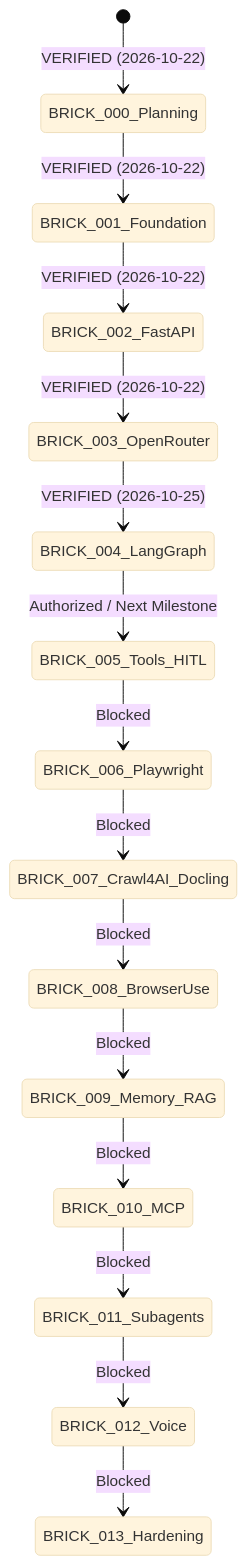
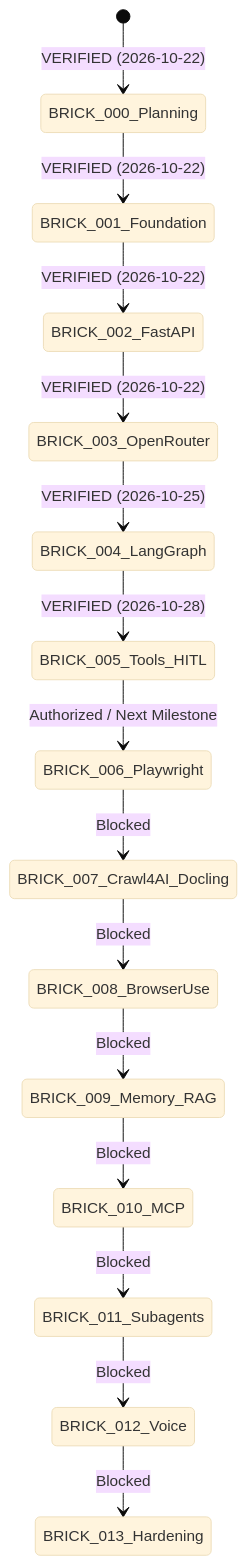
One commit to Aryramy/javed changed the diagram in docs/PROGRESS.md. Above: the diagram before and after it, drawn with Mermaid (base theme). The commit also changed other lines of this file and 3 other files, not shown here.

Commit message:
docs(brick-005): record formal owner acceptance and mark BRICK-005 VERIFIED

````diff
--- a/docs/PROGRESS.md
+++ b/docs/PROGRESS.md
@@ -28,17 +28,17 @@
 ```mermaid
 stateDiagram-v2
     [*] --> BRICK_000_Planning: VERIFIED (2026-10-22)
     BRICK_000_Planning --> BRICK_001_Foundation: VERIFIED (2026-10-22)
     BRICK_001_Foundation --> BRICK_002_FastAPI: VERIFIED (2026-10-22)
     BRICK_002_FastAPI --> BRICK_003_OpenRouter: VERIFIED (2026-10-22)
     BRICK_003_OpenRouter --> BRICK_004_LangGraph: VERIFIED (2026-10-25)
-    BRICK_004_LangGraph --> BRICK_005_Tools_HITL: Authorized / Next Milestone
-    BRICK_005_Tools_HITL --> BRICK_006_Playwright: Blocked
+    BRICK_004_LangGraph --> BRICK_005_Tools_HITL: VERIFIED (2026-10-28)
+    BRICK_005_Tools_HITL --> BRICK_006_Playwright: Authorized / Next Milestone
     BRICK_006_Playwright --> BRICK_007_Crawl4AI_Docling: Blocked
     BRICK_007_Crawl4AI_Docling --> BRICK_008_BrowserUse: Blocked
     BRICK_008_BrowserUse --> BRICK_009_Memory_RAG: Blocked
     BRICK_009_Memory_RAG --> BRICK_010_MCP: Blocked
     BRICK_010_MCP --> BRICK_011_Subagents: Blocked
     BRICK_011_Subagents --> BRICK_012_Voice: Blocked
     BRICK_012_Voice --> BRICK_013_Hardening: Blocked
 ```
````
